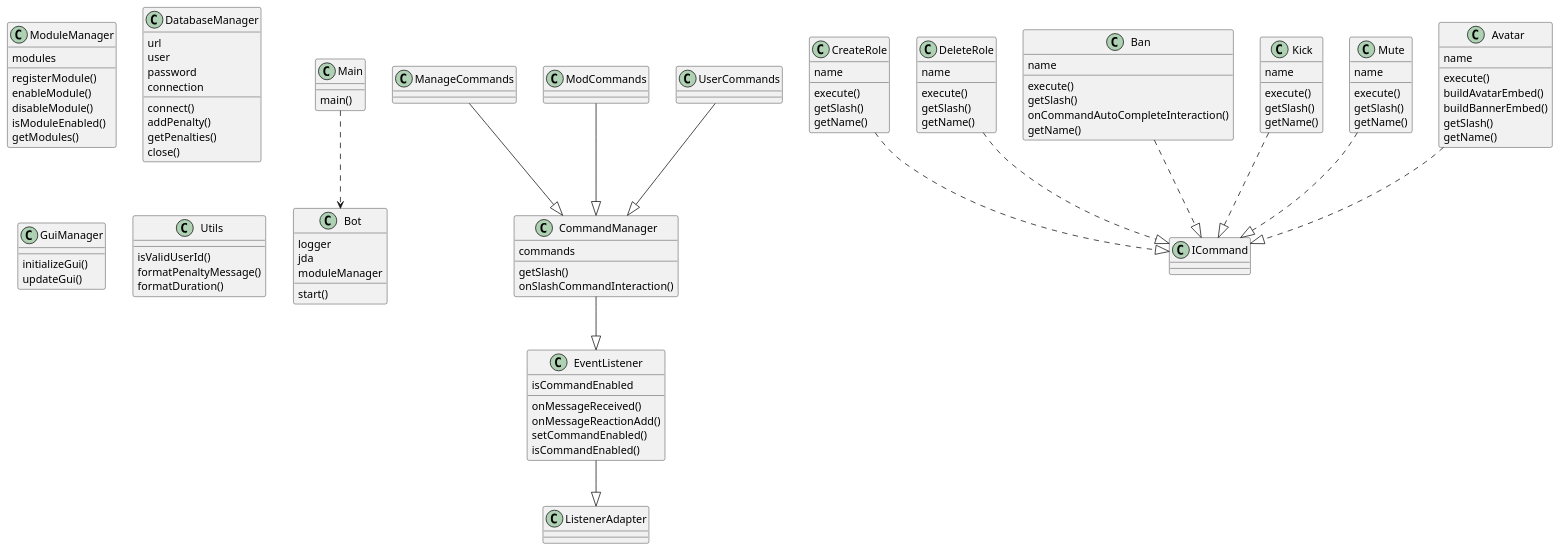
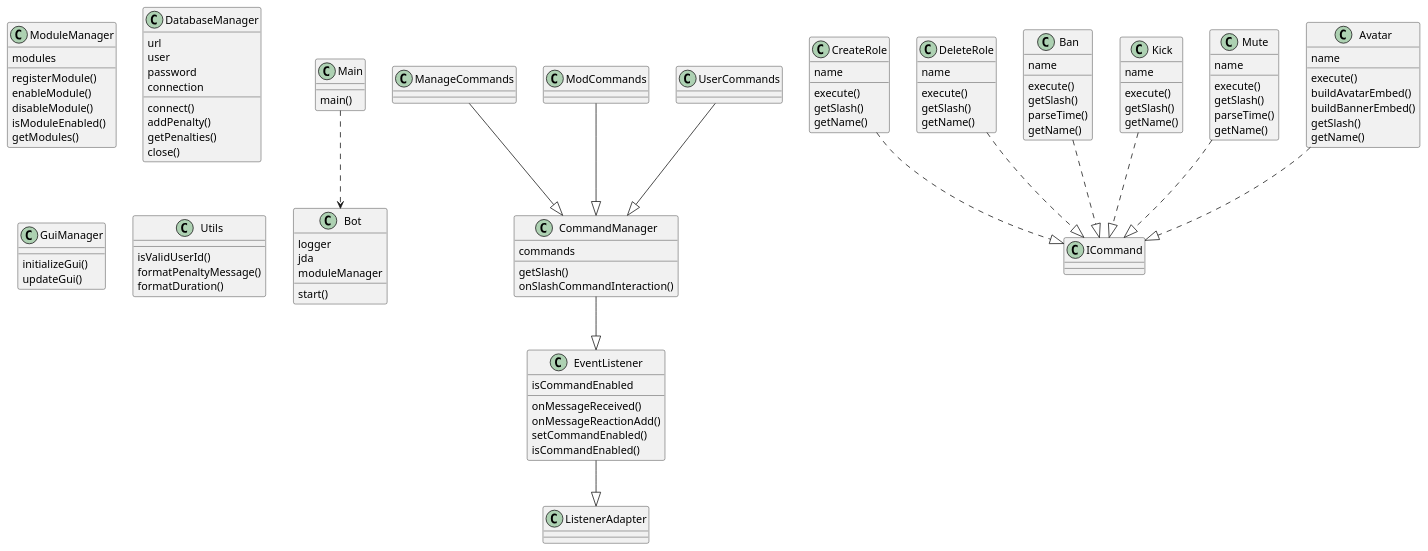
One commit to PelayoPS/DiscordBot_app changed the diagram in uml_output/diagram.puml. Above: the diagram before and after it, drawn with PlantUML. The commit also changed 36 other files, not shown here.

```diff
--- a/uml_output/diagram.puml
+++ b/uml_output/diagram.puml
@@ -1,107 +1,108 @@
 @startuml diagrama
 class Bot {
   logger
   jda
   moduleManager
   start()
 }
 class Main {
   main()
 }
 Main ..> Bot
 class ModuleManager {
   modules
   registerModule()
   enableModule()
   disableModule()
   isModuleEnabled()
   getModules()
 }
 class CommandManager {
   commands
   getSlash()
   onSlashCommandInteraction()
 }
 CommandManager --|> EventListener
 class ManageCommands {
 }
 ManageCommands --|> CommandManager
 class ModCommands {
 }
 ModCommands --|> CommandManager
 class UserCommands {
 }
 UserCommands --|> CommandManager
 class CreateRole {
   name
   execute()
   getSlash()
   getName()
 }
 CreateRole ..|> ICommand
 class DeleteRole {
   name
   execute()
   getSlash()
   getName()
 }
 DeleteRole ..|> ICommand
 class Ban {
   name
   execute()
   getSlash()
-  onCommandAutoCompleteInteraction()
+  parseTime()
   getName()
 }
 Ban ..|> ICommand
 class Kick {
   name
   execute()
   getSlash()
   getName()
 }
 Kick ..|> ICommand
 class Mute {
   name
   execute()
   getSlash()
+  parseTime()
   getName()
 }
 Mute ..|> ICommand
 class Avatar {
   name
   execute()
   buildAvatarEmbed()
   buildBannerEmbed()
   getSlash()
   getName()
 }
 Avatar ..|> ICommand
 class DatabaseManager {
   url
   user
   password
   connection
   connect()
   addPenalty()
   getPenalties()
   close()
 }
 class EventListener {
   isCommandEnabled
   onMessageReceived()
   onMessageReactionAdd()
   setCommandEnabled()
   isCommandEnabled()
 }
 EventListener --|> ListenerAdapter
 class GuiManager {
   initializeGui()
   updateGui()
 }
 class Utils {
   isValidUserId()
   formatPenaltyMessage()
   formatDuration()
 }
 @enduml
```
